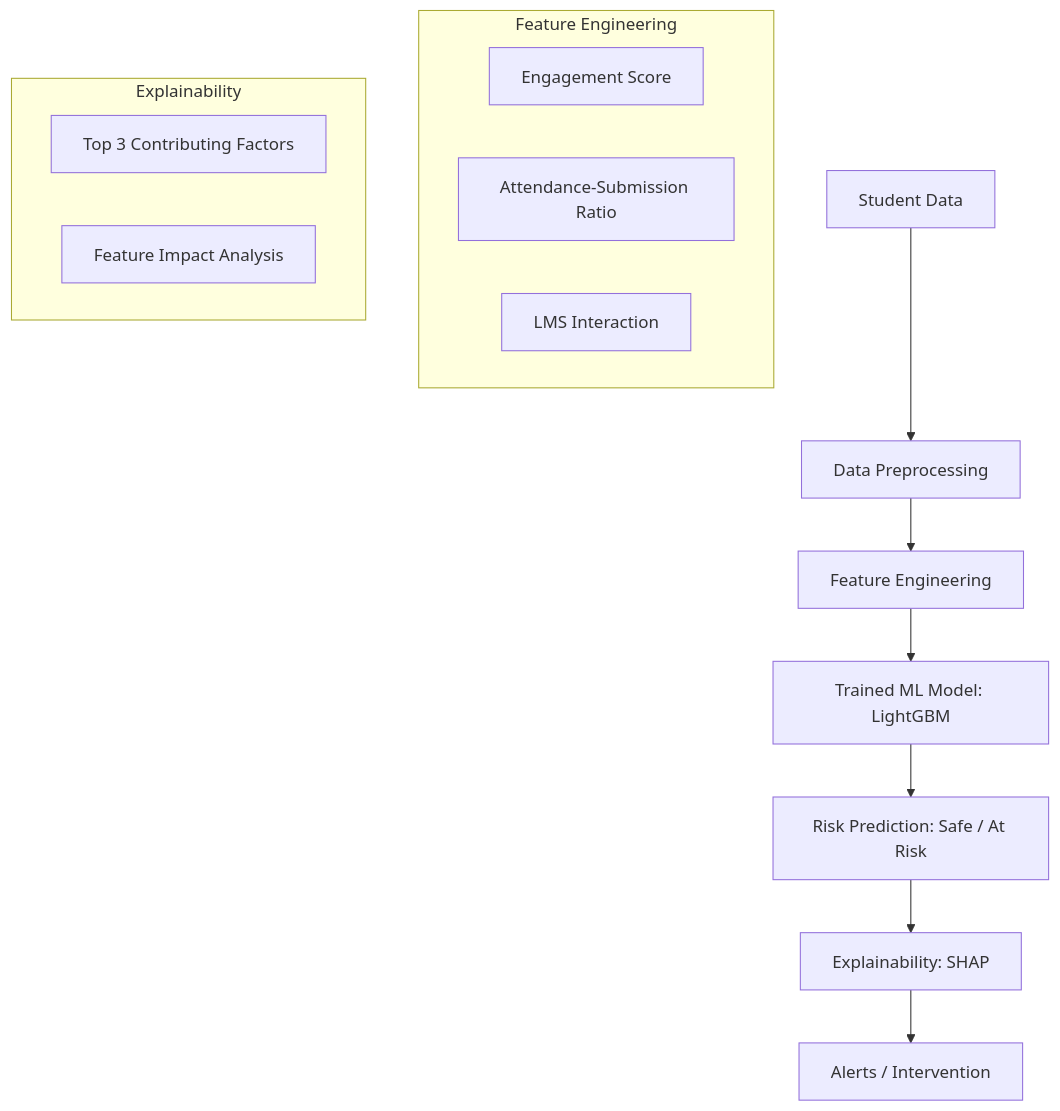
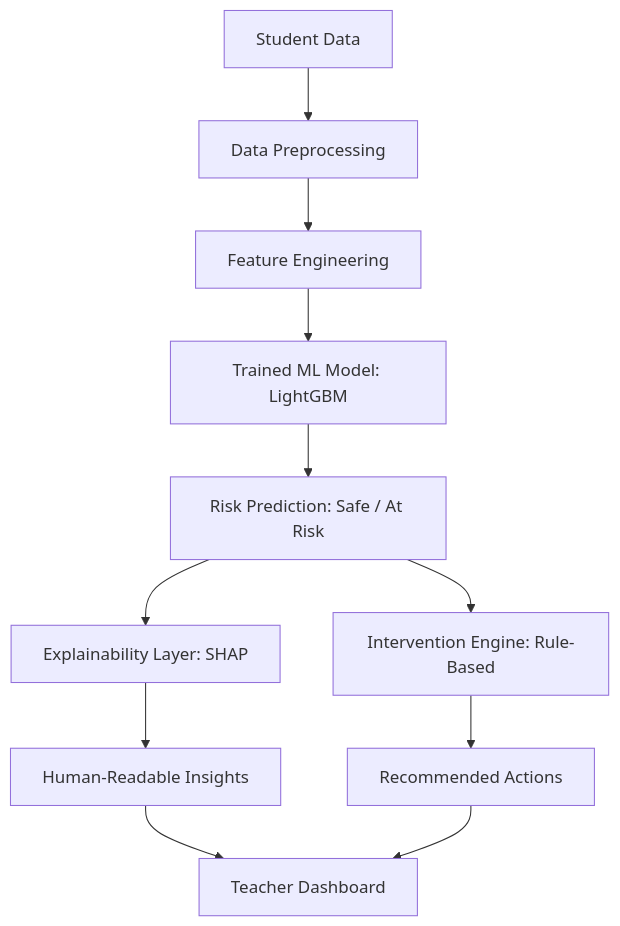
One commit to Bakuli3600/silentDropout changed the diagram in README.md. Above: the diagram before and after it, drawn with Mermaid. The commit also changed other lines of this file and 13 other files, not shown here.

Commit message:
Upgrade: Add Intelligence Layers (SHAP Explainability and Rule-Based Intervention Engine)

````diff
--- a/README.md
+++ b/README.md
@@ -14,20 +14,13 @@
 ```mermaid
 graph TD
     A[Student Data] --> B[Data Preprocessing]
     B --> C[Feature Engineering]
     C --> D[Trained ML Model: LightGBM]
     D --> E[Risk Prediction: Safe / At Risk]
-    E --> F[Explainability: SHAP]
-    F --> G[Alerts / Intervention]
-    
-    subgraph Feature Engineering
-    C1[Engagement Score]
-    C2[Attendance-Submission Ratio]
-    C3[LMS Interaction]
-    end
-    
-    subgraph Explainability
-    F1[Top 3 Contributing Factors]
-    F2[Feature Impact Analysis]
-    end
+    E --> F[Explainability Layer: SHAP]
+    E --> G[Intervention Engine: Rule-Based]
+    F --> H[Human-Readable Insights]
+    G --> I[Recommended Actions]
+    H --> J[Teacher Dashboard]
+    I --> J
 ```
````
